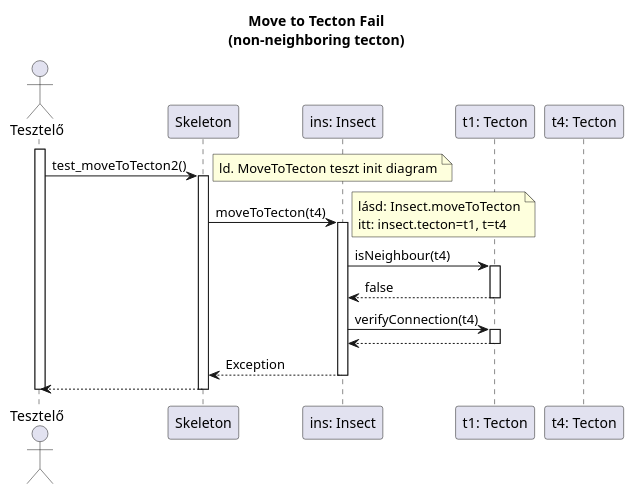
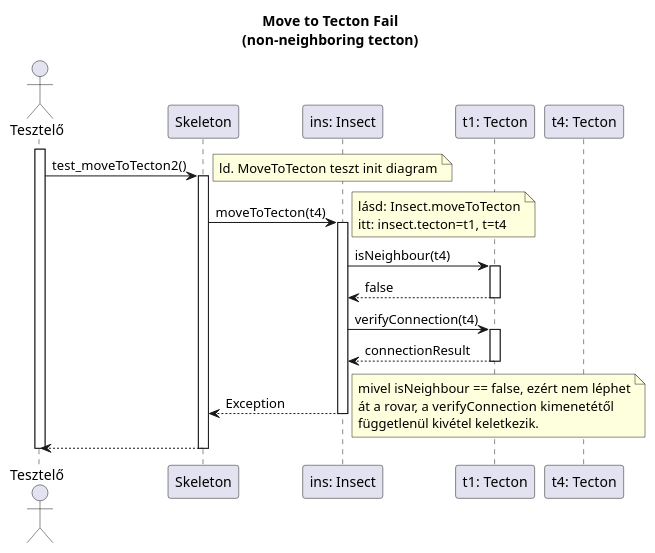
Before and after one commit to dzsem/projlab: the diagram in diagrams/test-sequence/insect/moveToTecton2.plantuml, drawn with PlantUML.

Commit message:
Update test_moveToTecton2 to clarify verifyConnection result

```diff
--- a/diagrams/test-sequence/insect/moveToTecton2.plantuml
+++ b/diagrams/test-sequence/insect/moveToTecton2.plantuml
@@ -1,49 +1,50 @@
 @startuml test_moveToTecton2
 
 title Move to Tecton Fail\n(non-neighboring tecton)
 
 actor "Tesztelő" as t
 participant "Skeleton" as ske
 participant "ins: Insect" as i
 participant "t1: Tecton" as t1
 participant "t4: Tecton" as t4
 
 activate t
 
 t -> ske: test_moveToTecton2()
 note right: ld. MoveToTecton teszt init diagram
 activate ske
 	ske -> i: moveToTecton(t4)
 	activate i
 	note right: lásd: Insect.moveToTecton\nitt: insect.tecton=t1, t=t4
 
 		i -> t1: isNeighbour(t4)
 		activate t1
 
 		i <-- t1: false
 		deactivate t1
 
 		i -> t1: verifyConnection(t4)
 		activate t1
 
-		i <-- t1
+		i <-- t1: connectionResult
 		deactivate t1
 
 	ske <-- i: Exception
+	note right: mivel isNeighbour == false, ezért nem léphet\nát a rovar, a verifyConnection kimenetétől\nfüggetlenül kivétel keletkezik.
 	deactivate i
 
 '	opt ins.tecton != t1
 '		t -> logger: printError("test_moveToTecton2 failed")
 '		activate logger
 '
 '		t <-- logger
 '		deactivate logger
 '	end
 
 t <-- ske
 deactivate ske
 
 deactivate t
 
 
 @enduml
```
